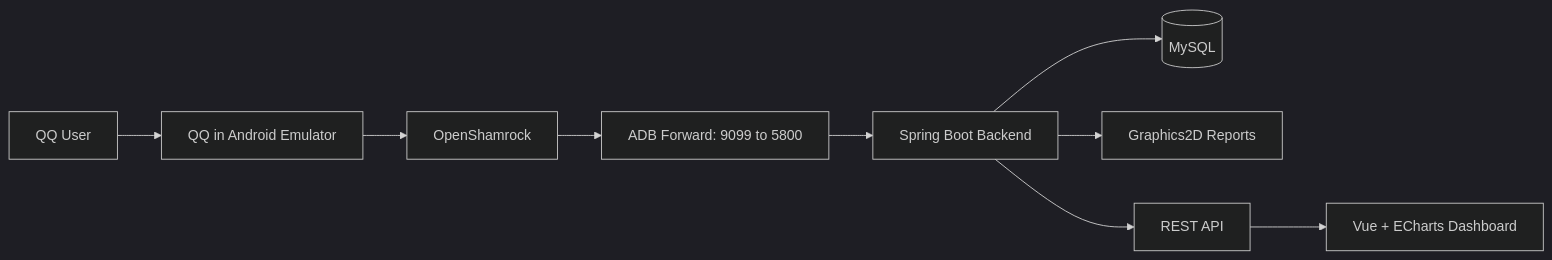
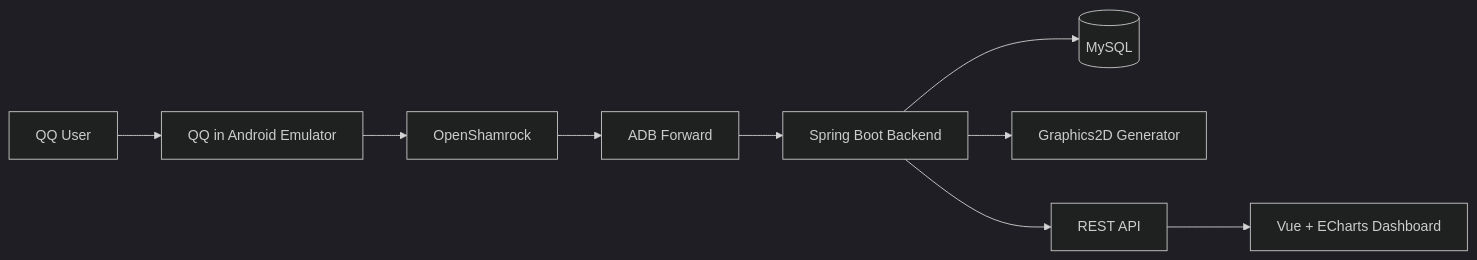
The diagram in README.md (Pygeton/NiBot), drawn with Mermaid (dark theme) before and after one commit. The commit also changed other lines of this file, not shown here.

````diff
--- a/README.md
+++ b/README.md
@@ -45,11 +45,11 @@
 ```mermaid
 flowchart LR
     User[QQ User] --> QQ[QQ in Android Emulator]
     QQ --> OS[OpenShamrock]
-    OS --> ADB["ADB Forward: 9099 to 5800"]
+    OS --> ADB[ADB Forward]
     ADB --> BE[Spring Boot Backend]
     BE --> DB[(MySQL)]
-    BE --> IMG[Graphics2D Reports]
+    BE --> IMG[Graphics2D Generator]
     BE --> API[REST API]
     API --> WEB[Vue + ECharts Dashboard]
 ```
````
